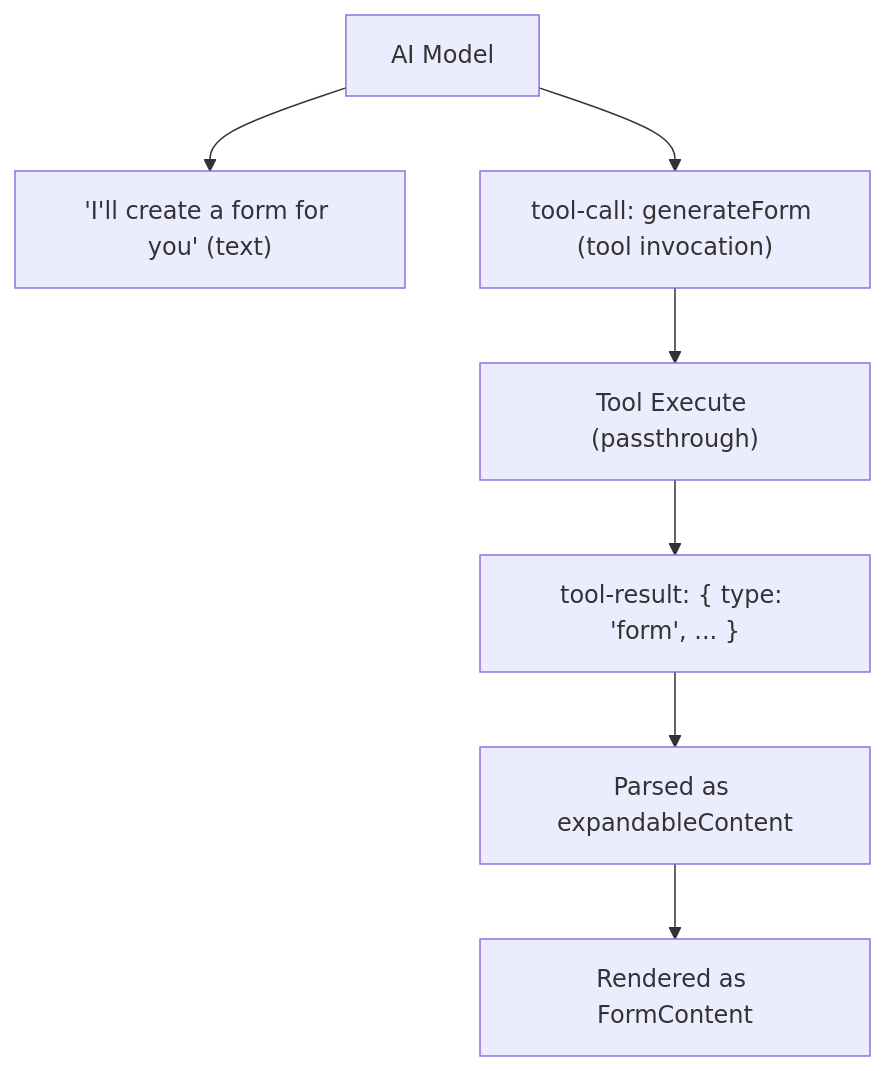
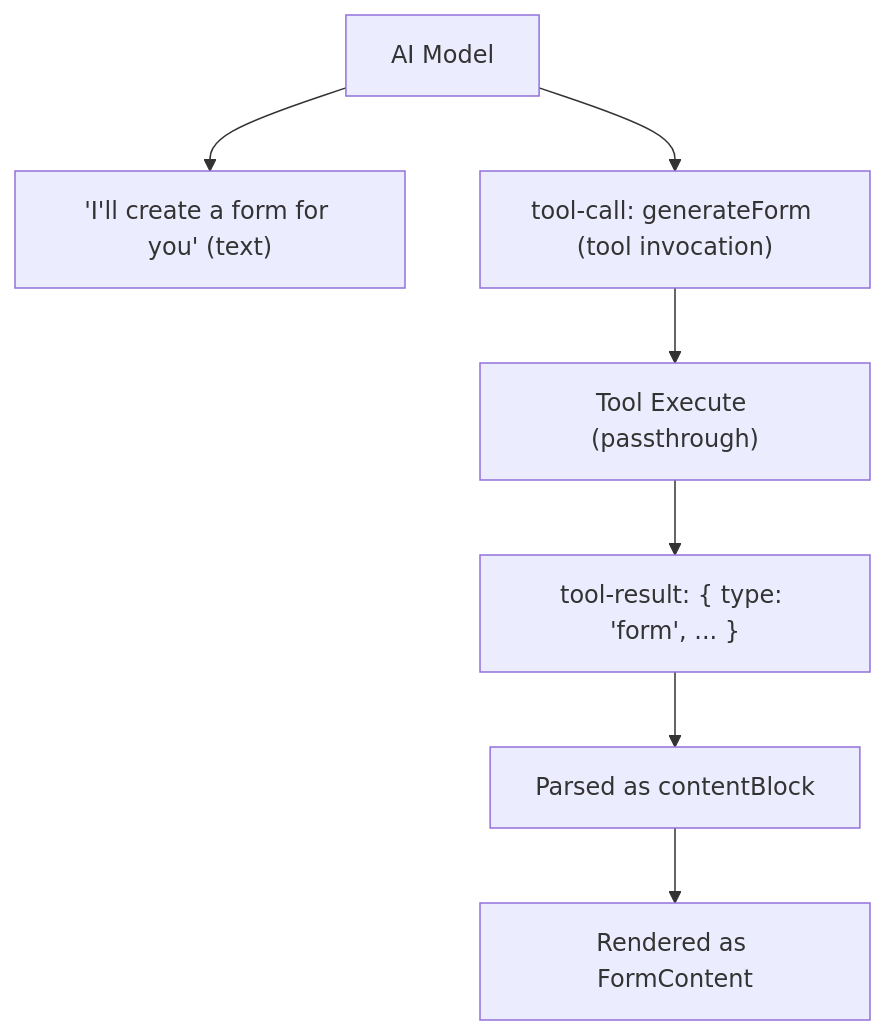
One commit to sequenzia/sequenzia-dev changed the eighth of 9 diagrams in docs/app-flow.md. Above: the diagram before and after it, drawn with Mermaid. The commit also changed other lines of this file and 11 other files, not shown here.

Commit message:
feat: rename ExpandableContent to ContentBlock and implement new content types for enhanced message handling

````diff
--- a/docs/app-flow.md
+++ b/docs/app-flow.md
@@ -381,14 +381,14 @@
 ```mermaid
 flowchart TD
     AIModel["AI Model"]
     Text["'I'll create a form for you' (text)"]
     ToolCall["tool-call: generateForm (tool invocation)"]
     Execute["Tool Execute (passthrough)"]
     Result["tool-result: { type: 'form', ... }"]
-    Parsed["Parsed as expandableContent"]
+    Parsed["Parsed as contentBlock"]
     Rendered["Rendered as FormContent"]
 
     AIModel --> Text
     AIModel --> ToolCall
     ToolCall --> Execute --> Result --> Parsed --> Rendered
 ```
````
